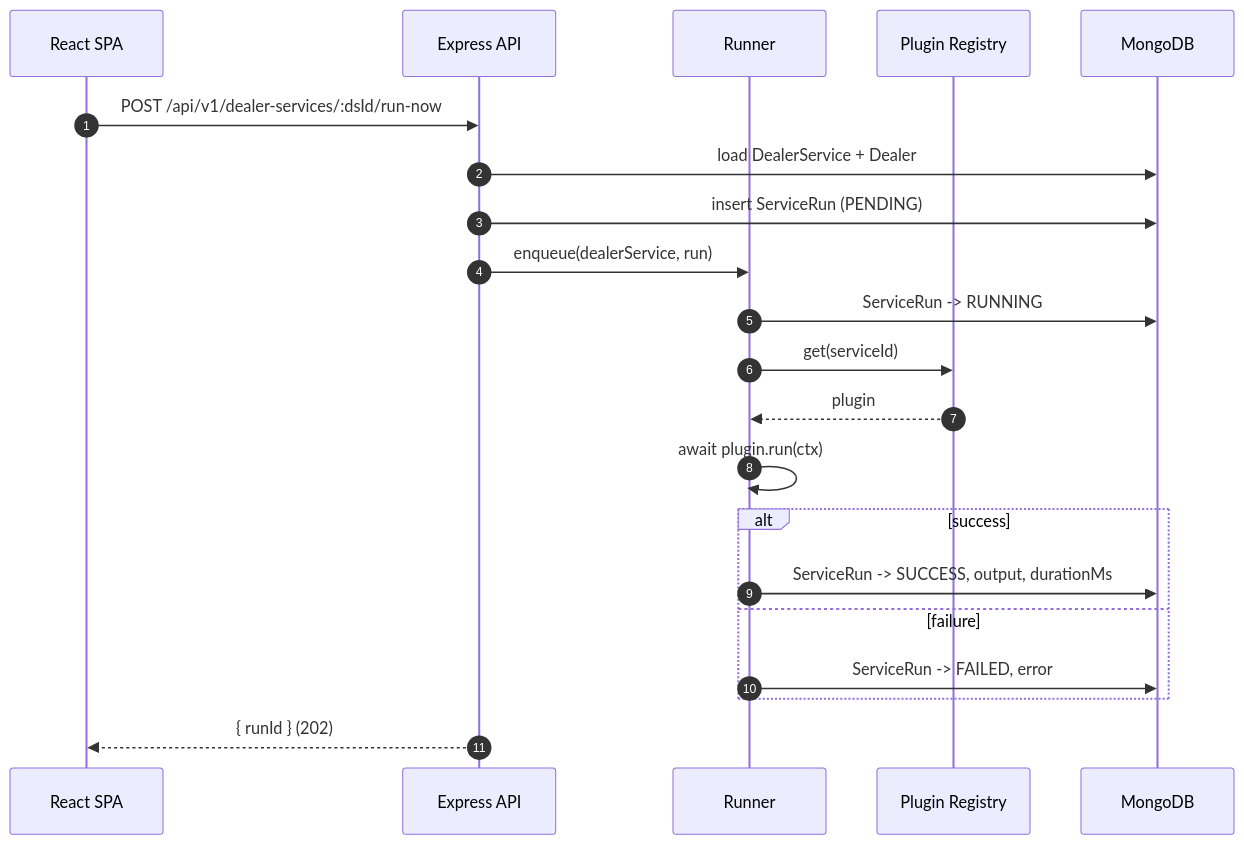
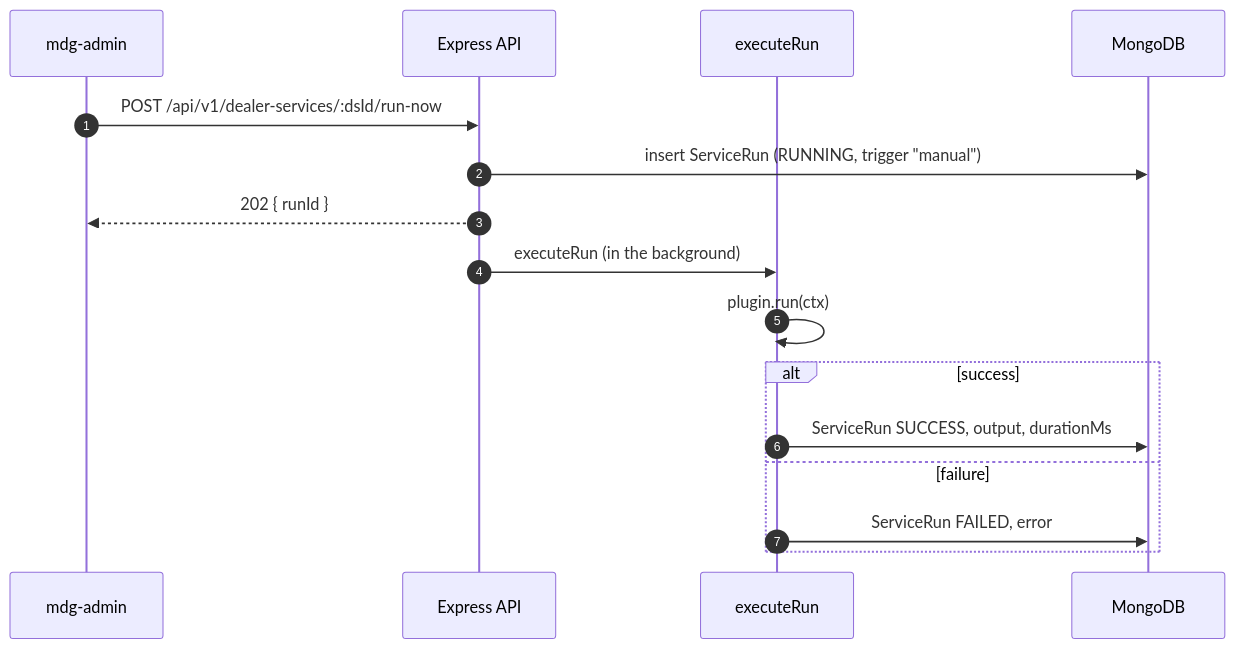
One commit to dimssu/mdg-service changed the fourth of 4 diagrams in ARCHITECTURE.md. Above: the diagram before and after it, drawn with Mermaid. The commit also changed other lines of this file and 57 other files, not shown here.

````diff
--- a/ARCHITECTURE.md
+++ b/ARCHITECTURE.md
@@ -100,24 +221,19 @@
 ```mermaid
 sequenceDiagram
     autonumber
-    participant FE as React SPA
+    participant AD as mdg-admin
     participant API as Express API
-    participant RUN as Runner
-    participant REG as Plugin Registry
+    participant RUN as executeRun
     participant DB as MongoDB
 
-    FE->>API: POST /api/v1/dealer-services/:dsId/run-now
-    API->>DB: load DealerService + Dealer
-    API->>DB: insert ServiceRun (PENDING)
-    API->>RUN: enqueue(dealerService, run)
-    RUN->>DB: ServiceRun -> RUNNING
-    RUN->>REG: get(serviceId)
-    REG-->>RUN: plugin
-    RUN->>RUN: await plugin.run(ctx)
+    AD->>API: POST /api/v1/dealer-services/:dsId/run-now
+    API->>DB: insert ServiceRun (RUNNING, trigger "manual")
+    API-->>AD: 202 { runId }
+    API->>RUN: executeRun (in the background)
+    RUN->>RUN: plugin.run(ctx)
     alt success
-        RUN->>DB: ServiceRun -> SUCCESS, output, durationMs
+        RUN->>DB: ServiceRun SUCCESS, output, durationMs
     else failure
-        RUN->>DB: ServiceRun -> FAILED, error
+        RUN->>DB: ServiceRun FAILED, error
     end
-    API-->>FE: { runId } (202)
 ```
````
